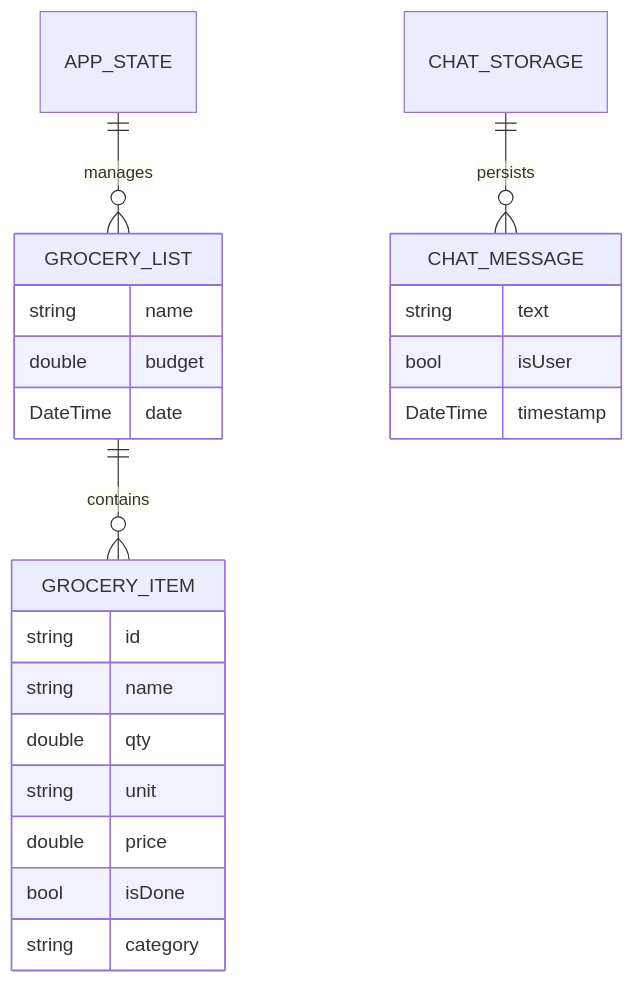
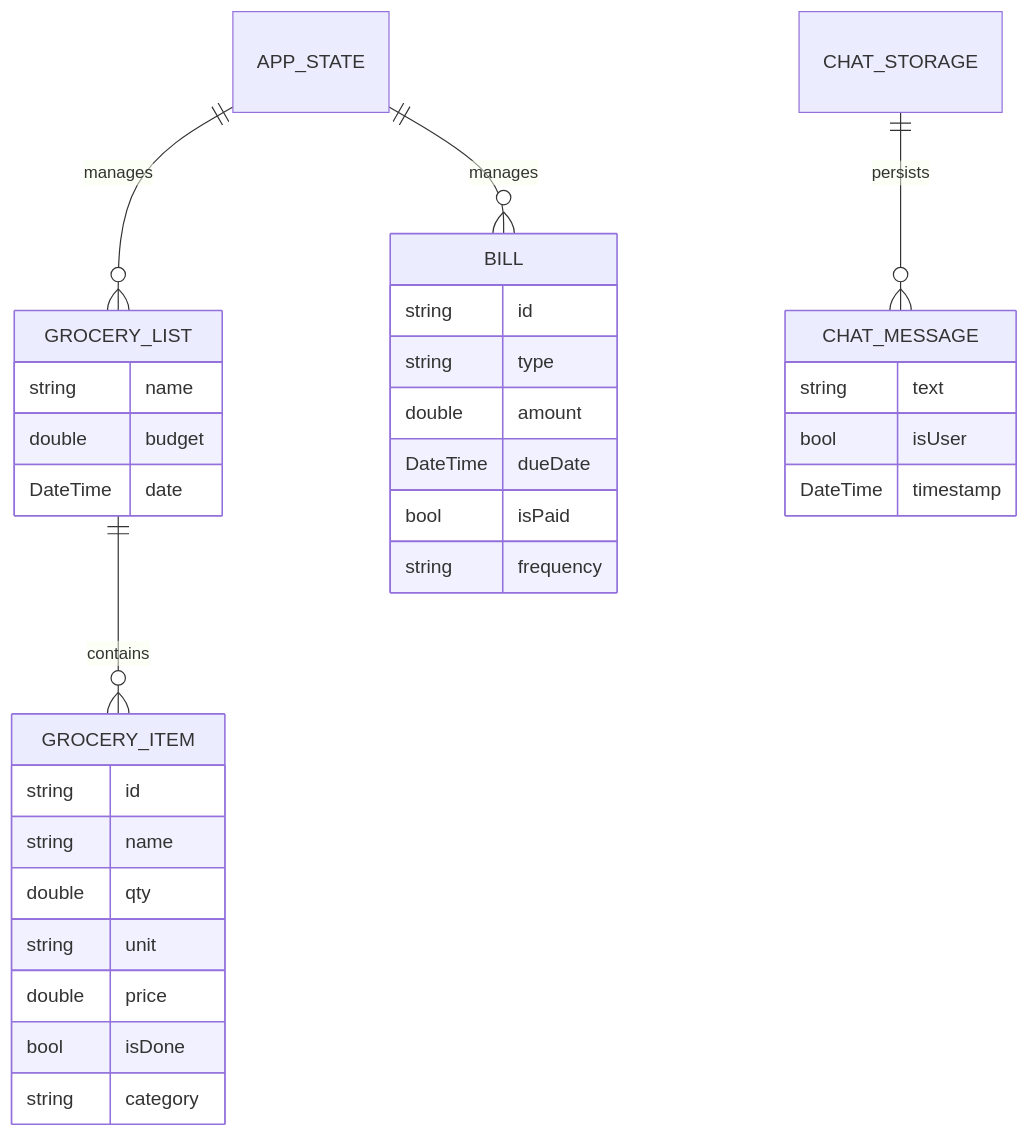
One commit to johnlemueldayaday/GABAI changed the diagram in documentation.md. Above: the diagram before and after it, drawn with Mermaid. The commit also changed other lines of this file and 1 other file, not shown here.

````diff
--- a/documentation.md
+++ b/documentation.md
@@ -20,28 +24,38 @@
 ```mermaid
 erDiagram
     APP_STATE ||--o{ GROCERY_LIST : manages
+    APP_STATE ||--o{ BILL : manages
     GROCERY_LIST ||--o{ GROCERY_ITEM : contains
     CHAT_STORAGE ||--o{ CHAT_MESSAGE : persists
     
     GROCERY_LIST {
         string name
         double budget
         DateTime date
     }
     
     GROCERY_ITEM {
         string id
         string name
         double qty
         string unit
         double price
         bool isDone
         string category
     }
     
+    BILL {
+        string id
+        string type
+        double amount
+        DateTime dueDate
+        bool isPaid
+        string frequency
+    }
+    
     CHAT_MESSAGE {
         string text
         bool isUser
         DateTime timestamp
     }
 ```
````
